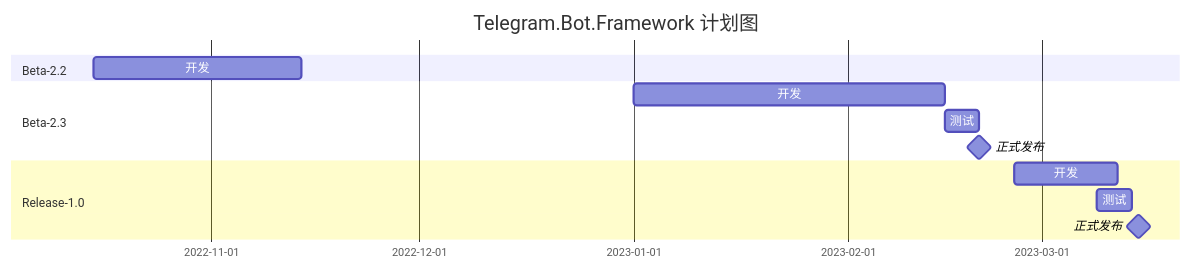
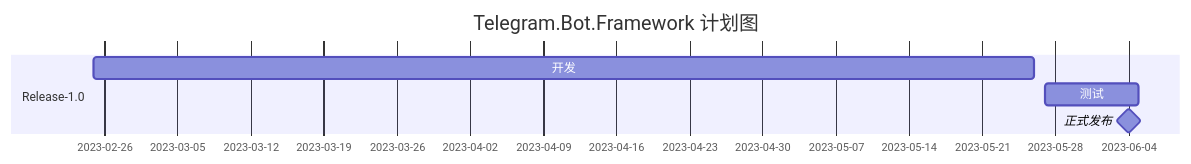
The diagram in README.md (Azumo-Lab/Azumo.Telegram.Bot.Framework), drawn with Mermaid before and after one commit. The commit also changed other lines of this file, not shown here.

````diff
--- a/README.md
+++ b/README.md
@@ -3,15 +3,9 @@
 ```mermaid
 gantt
     title Telegram.Bot.Framework 计划图
     dateFormat  YYYY-MM-DD
-    section Beta-2.2
-    开发  :2022-10-15, 30d
-    section Beta-2.3
-    开发  :2023-01-01, 45d
-    测试  :5d
-    正式发布:milestone, 0d
     section Release-1.0
-    开发  :2023-02-25, 15d
-    测试  :2023-03-09, 5d
-    正式发布:milestone, 2023-03-15, 0d
+    开发  :2023-02-25, 90d
+    测试  :2023-05-27, 9d
+    正式发布:milestone, 2023-06-04, 0d
 ```
````
